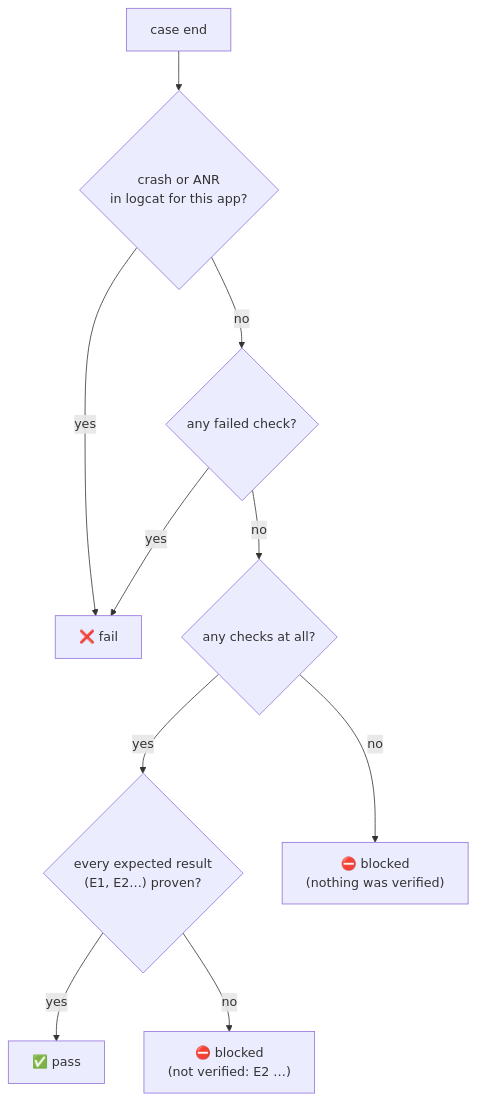
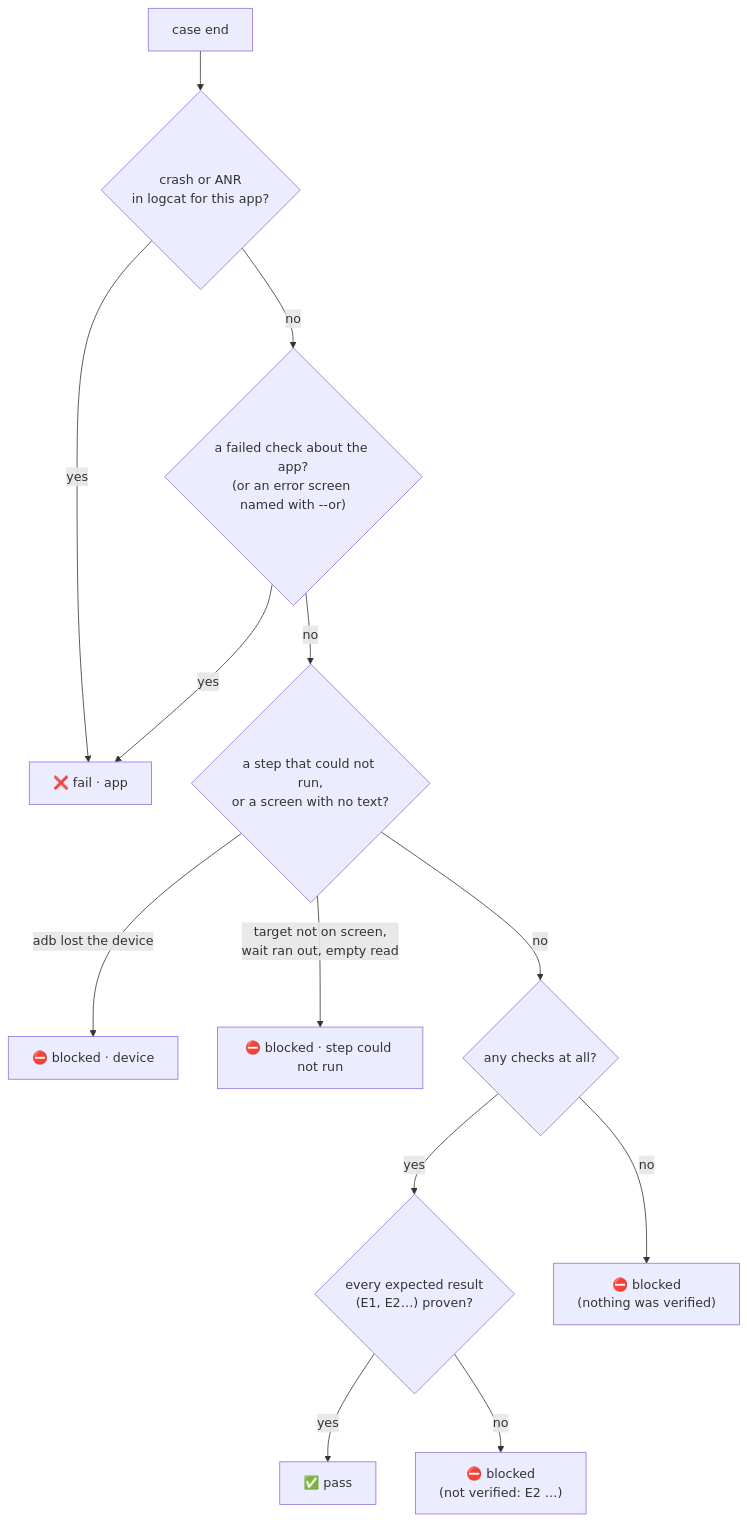
Before and after one commit to abhi9avx/teesri-nazar: the third of 6 diagrams in ARCHITECTURE.md, drawn with Mermaid. The commit also changed other lines of this file and 23 other files, not shown here.

````diff
--- a/ARCHITECTURE.md
+++ b/ARCHITECTURE.md
@@ -512,12 +512,15 @@
 ```mermaid
 flowchart TD
     E["case end"] --> C{"crash or ANR<br/>in logcat for this app?"}
-    C -->|yes| F["❌ fail"]
-    C -->|no| K{"any failed check?"}
+    C -->|yes| F["❌ fail · app"]
+    C -->|no| K{"a failed check about the app?<br/>(or an error screen named with --or)"}
     K -->|yes| F
-    K -->|no| H{"any checks at all?"}
+    K -->|no| S{"a step that could not run,<br/>or a screen with no text?"}
+    S -->|"adb lost the device"| BD["⛔ blocked · device"]
+    S -->|"target not on screen,<br/>wait ran out, empty read"| BT["⛔ blocked · step could not run"]
+    S -->|no| H{"any checks at all?"}
     H -->|yes| X{"every expected result<br/>(E1, E2…) proven?"}
     X -->|yes| P["✅ pass"]
     X -->|no| B2["⛔ blocked<br/>(not verified: E2 …)"]
     H -->|no| B["⛔ blocked<br/>(nothing was verified)"]
 ```
````
